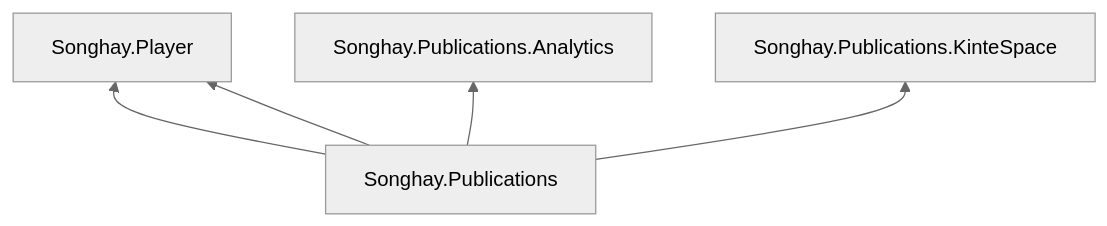
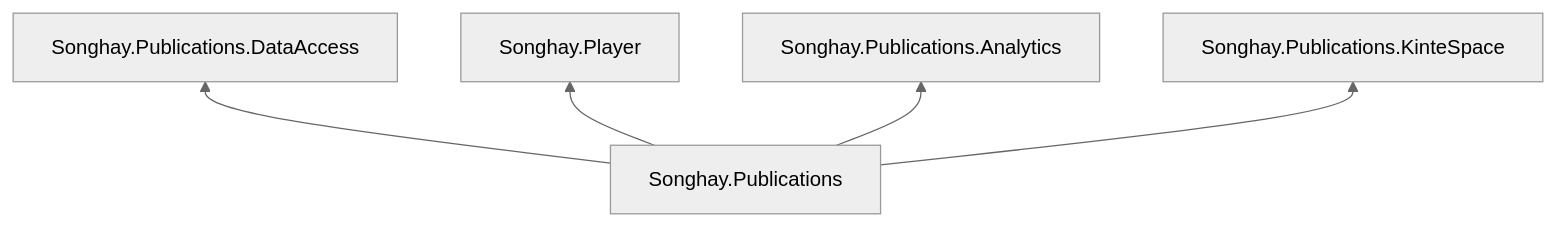
One commit to BryanWilhite/Songhay.Publications changed the diagram in README.md. Above: the diagram before and after it, drawn with Mermaid (neutral theme). The commit also changed 7 other files, not shown here.

````diff
--- a/README.md
+++ b/README.md
@@ -35,9 +35,9 @@
 ```mermaid
 graph BT
     pubs[Songhay.Publications]
 
     pubs-->1[Songhay.Publications.DataAccess]
-    pubs-->1[Songhay.Player]
-    pubs-->2[Songhay.Publications.Analytics]
-    pubs-->3[Songhay.Publications.KinteSpace]
+    pubs-->2[Songhay.Player]
+    pubs-->3[Songhay.Publications.Analytics]
+    pubs-->4[Songhay.Publications.KinteSpace]
 ```
````
